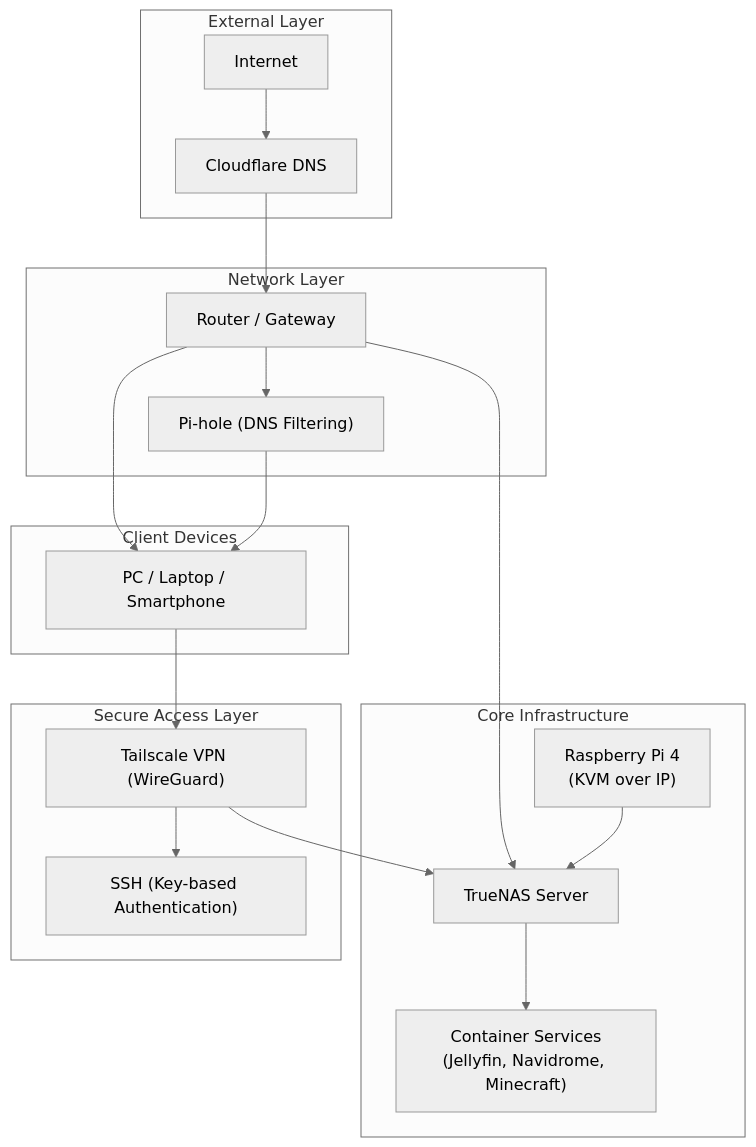
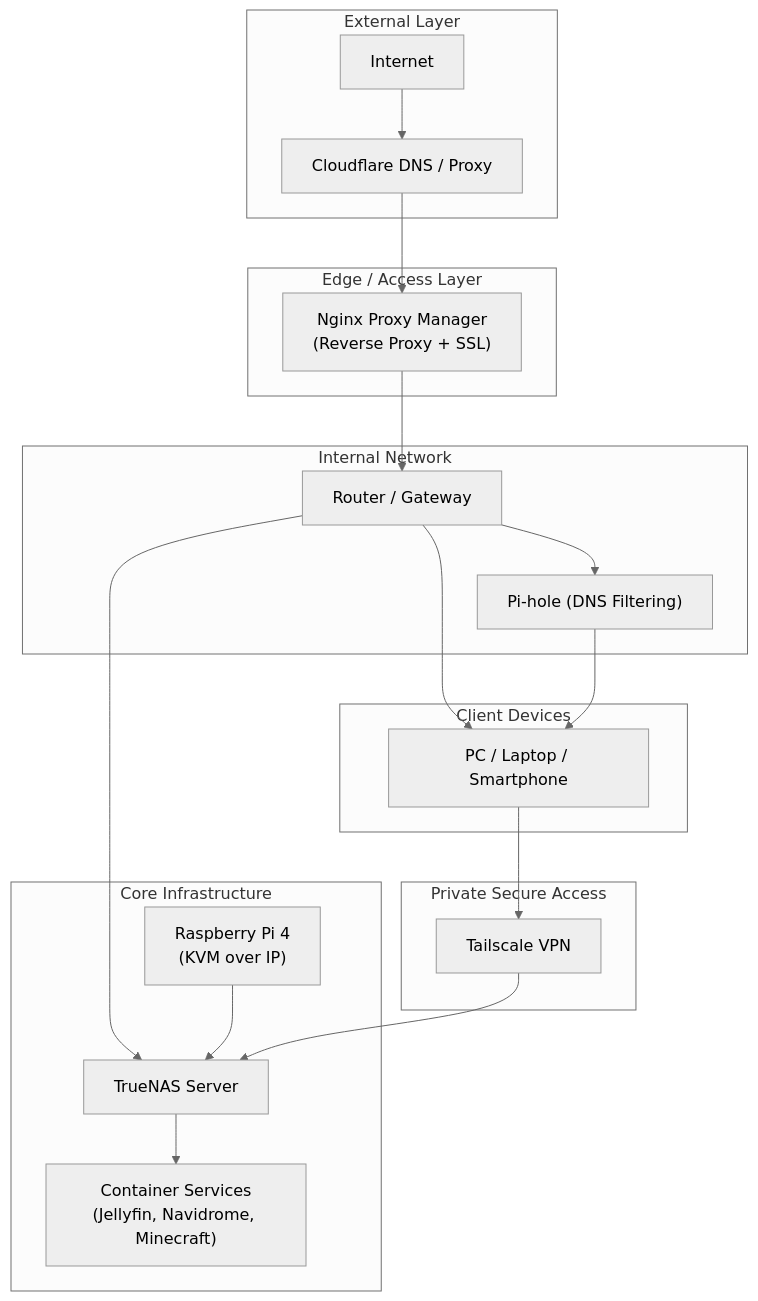
The diagram in ntdiagram.md (seegerd89/Homelab), drawn with Mermaid (neutral theme) before and after one commit.

````diff
--- a/ntdiagram.md
+++ b/ntdiagram.md
@@ -2,40 +2,52 @@
 ```mermaid
 flowchart TB
-%% ========== EXTERNAL LAYER ==========
+
+%% ========== EXTERNAL ==========
 subgraph External["External Layer"]
-Internet["Internet"]
-Cloudflare["Cloudflare DNS"]
+    Internet["Internet"]
+    Cloudflare["Cloudflare DNS / Proxy"]
 end
-%% ========== EDGE / NETWORK ==========
-subgraph Network["Network Layer"]
-Router["Router / Gateway"]
-PiHole["Pi-hole (DNS Filtering)"]
+
+%% ========== EDGE ==========
+subgraph Edge["Edge / Access Layer"]
+    NPM["Nginx Proxy Manager\n(Reverse Proxy + SSL)"]
 end
-%% ========== CORE INFRA ==========
+
+%% ========== NETWORK ==========
+subgraph Network["Internal Network"]
+    Router["Router / Gateway"]
+    PiHole["Pi-hole (DNS Filtering)"]
+end
+
+%% ========== INFRA ==========
 subgraph Infrastructure["Core Infrastructure"]
-TrueNAS["TrueNAS Server"]
-Containers["Container Services\n(Jellyfin, Navidrome, Minecraft)"]
-KVM["Raspberry Pi 4\n(KVM over IP)"]
+    TrueNAS["TrueNAS Server"]
+    Containers["Container Services\n(Jellyfin, Navidrome, Minecraft)"]
+    KVM["Raspberry Pi 4\n(KVM over IP)"]
 end
+
 %% ========== CLIENTS ==========
 subgraph Clients["Client Devices"]
-Devices["PC / Laptop / Smartphone"]
+    Devices["PC / Laptop / Smartphone"]
 end
-%% ========== SECURITY / ACCESS ==========
-subgraph Access["Secure Access Layer"]
-Tailscale["Tailscale VPN (WireGuard)"]
-SSH["SSH (Key-based Authentication)"]
+
+%% ========== PRIVATE ACCESS ==========
+subgraph PrivateAccess["Private Secure Access"]
+    Tailscale["Tailscale VPN"]
 end
+
 %% ========== CONNECTIONS ==========
-Internet --> Cloudflare
-Cloudflare --> Router
+
+Internet --> Cloudflare --> NPM --> Router
+
+Router --> TrueNAS
 Router --> PiHole
-Router --> TrueNAS
 Router --> Devices
+
 PiHole --> Devices
+
 TrueNAS --> Containers
 KVM --> TrueNAS
-Devices --> Tailscale
-Tailscale --> TrueNAS
-Tailscale --> SSH
+
+Devices --> Tailscale --> TrueNAS
 ```
````
